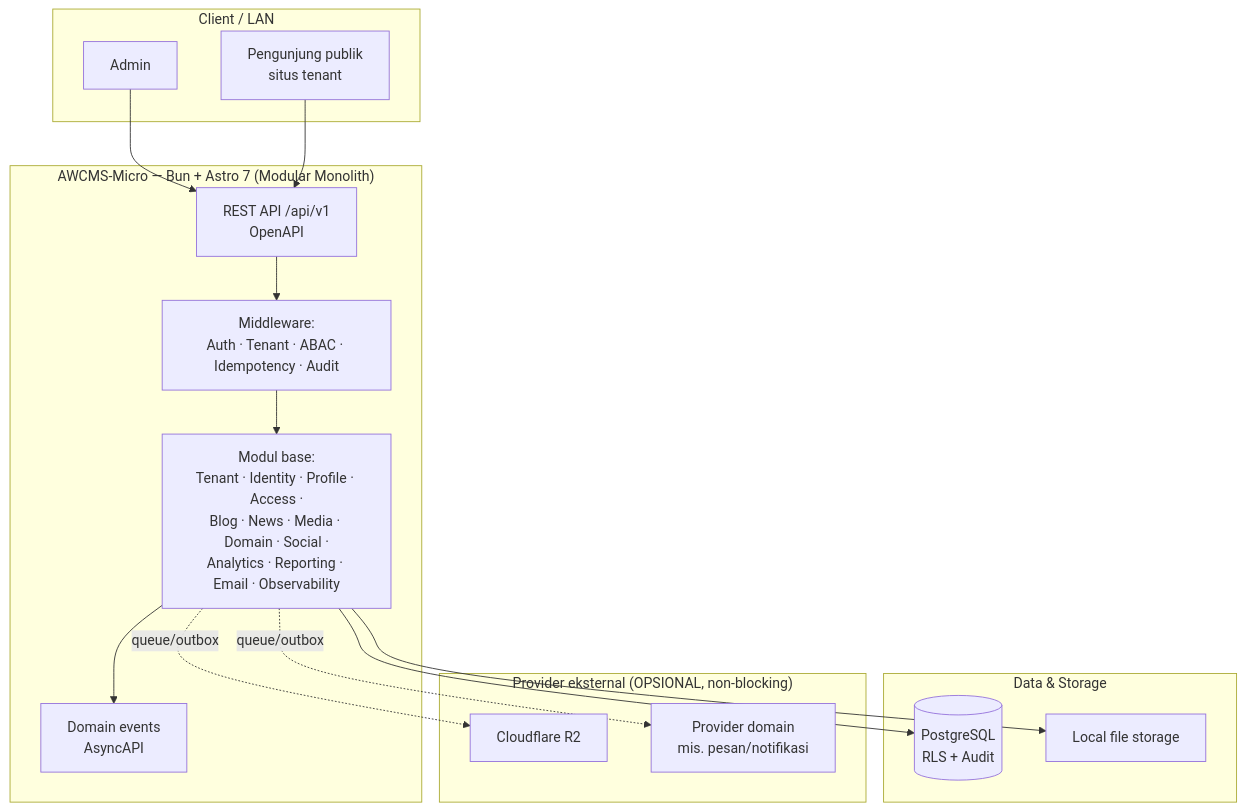
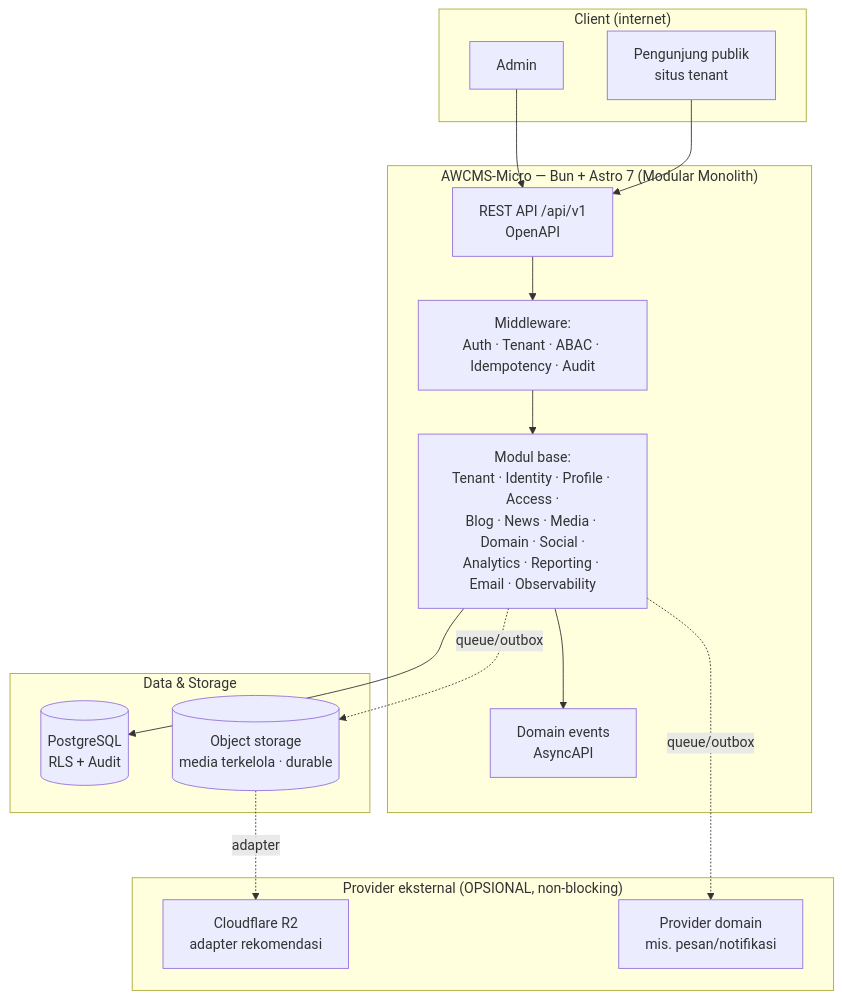
One commit to ahliweb/awcms-micro changed the first of 2 diagrams in README.md. Above: the diagram before and after it, drawn with Mermaid. The commit also changed other lines of this file and 23 other files, not shown here.

First line of the commit message:
docs(scope): reconcile full-online deployment, sync-storage purpose, and durable object-storage profiles (#275)

````diff
--- a/README.md
+++ b/README.md
@@ -44,33 +44,33 @@
 ```mermaid
 flowchart TB
-  subgraph Client["Client / LAN"]
+  subgraph Client["Client (internet)"]
     ADM[Admin]
     VIS[Pengunjung publik<br/>situs tenant]
   end
 
   subgraph App["AWCMS-Micro — Bun + Astro 7 (Modular Monolith)"]
     API[REST API /api/v1<br/>OpenAPI]
     MW[Middleware:<br/>Auth · Tenant · ABAC · Idempotency · Audit]
     MOD[Modul base:<br/>Tenant · Identity · Profile · Access ·<br/>Blog · News · Media · Domain · Social ·<br/>Analytics · Reporting · Email · Observability]
     EVT[Domain events<br/>AsyncAPI]
   end
 
   subgraph Data["Data & Storage"]
     PG[(PostgreSQL<br/>RLS + Audit)]
-    FILE[Local file storage]
+    OBJ[(Object storage<br/>media terkelola · durable)]
   end
 
   subgraph Ext["Provider eksternal (OPSIONAL, non-blocking)"]
-    R2[Cloudflare R2]
+    R2[Cloudflare R2<br/>adapter rekomendasi]
     PROV[Provider domain<br/>mis. pesan/notifikasi]
   end
 
   ADM --> API
   VIS --> API
   API --> MW --> MOD
   MOD --> PG
-  MOD --> FILE
   MOD --> EVT
-  MOD -. queue/outbox .-> R2
+  MOD -. queue/outbox .-> OBJ
+  OBJ -. adapter .-> R2
   MOD -. queue/outbox .-> PROV
 ```
````
